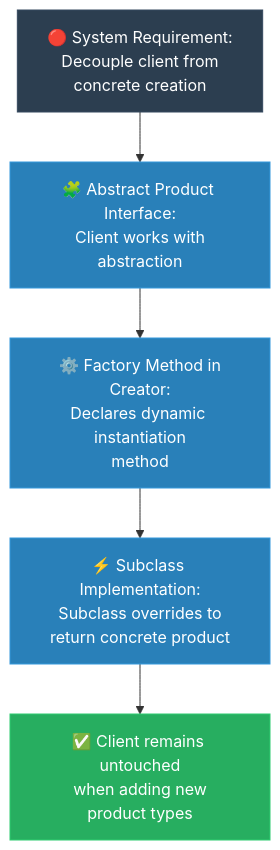
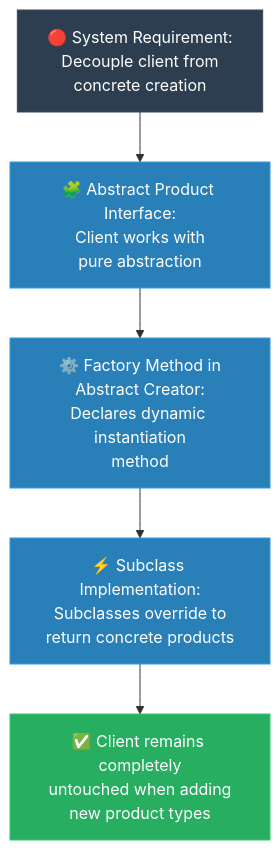
The diagram in feeds/concepts/design-patterns/01-mit-professor/02-factory-method.md (GuideStack/iblogger-feeds), drawn with Mermaid before and after one commit. The commit also changed other lines of this file and 15 other files, not shown here.

````diff
--- a/feeds/concepts/design-patterns/01-mit-professor/02-factory-method.md
+++ b/feeds/concepts/design-patterns/01-mit-professor/02-factory-method.md
@@ -101,11 +96,11 @@
 ```mermaid
 flowchart TD
     classDef axiom fill:#2c3e50,stroke:#34495e,color:#fff
     classDef derivation fill:#2980b9,stroke:#3498db,color:#fff
     classDef result fill:#27ae60,stroke:#2ecc71,color:#fff
 
-    A["🔴 System Requirement:<br/>Decouple client from<br/>concrete creation"]:::axiom --> B["🧩 Abstract Product Interface:<br/>Client works with<br/>abstraction"]:::derivation
-    B --> C["⚙️ Factory Method in<br/>Creator:<br/>Declares dynamic instantiation<br/>method"]:::derivation
-    C --> D["⚡ Subclass Implementation:<br/>Subclass overrides to<br/>return concrete product"]:::derivation
-    D --> E["✅ Client remains untouched<br/>when adding new<br/>product types"]:::result
+    A["🔴 System Requirement:<br/>Decouple client from<br/>concrete creation"]:::axiom --> B["🧩 Abstract Product Interface:<br/>Client works with<br/>pure abstraction"]:::derivation
+    B --> C["⚙️ Factory Method in<br/>Abstract Creator:<br/>Declares dynamic instantiation<br/>method"]:::derivation
+    C --> D["⚡ Subclass Implementation:<br/>Subclasses override to<br/>return concrete products"]:::derivation
+    D --> E["✅ Client remains completely<br/>untouched when adding<br/>new product types"]:::result
 ```
````
